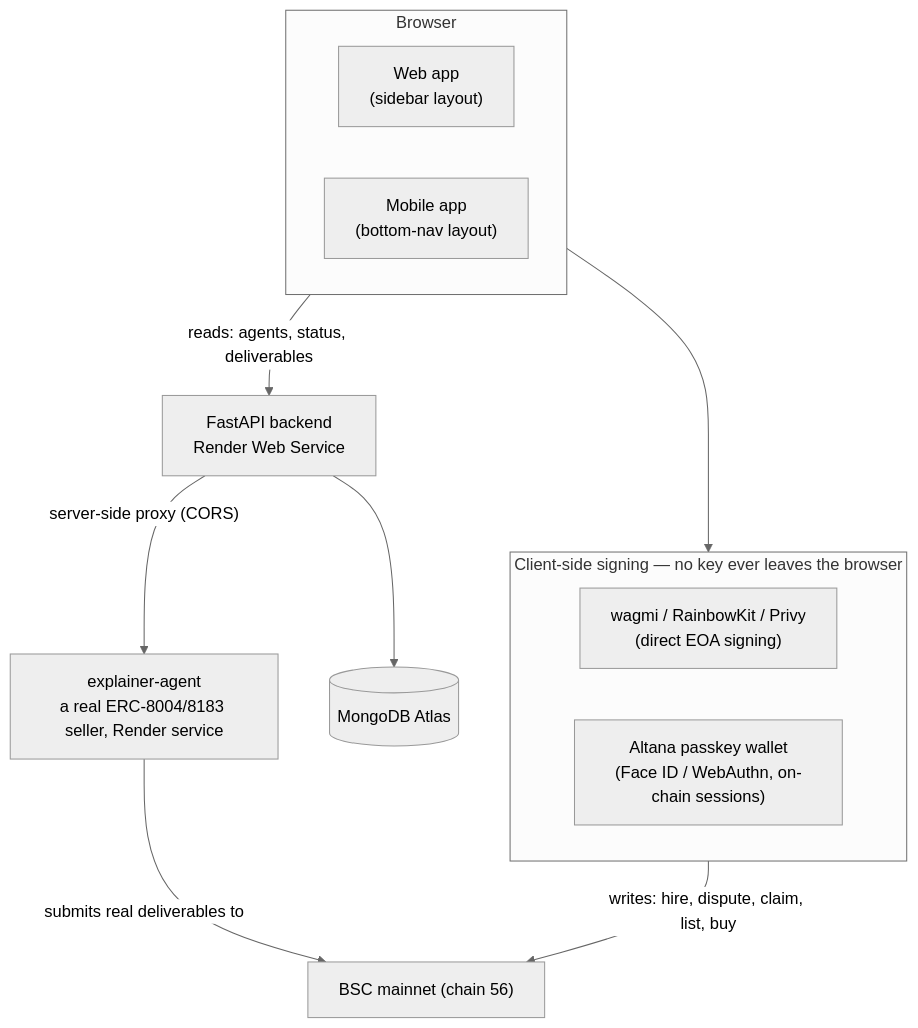
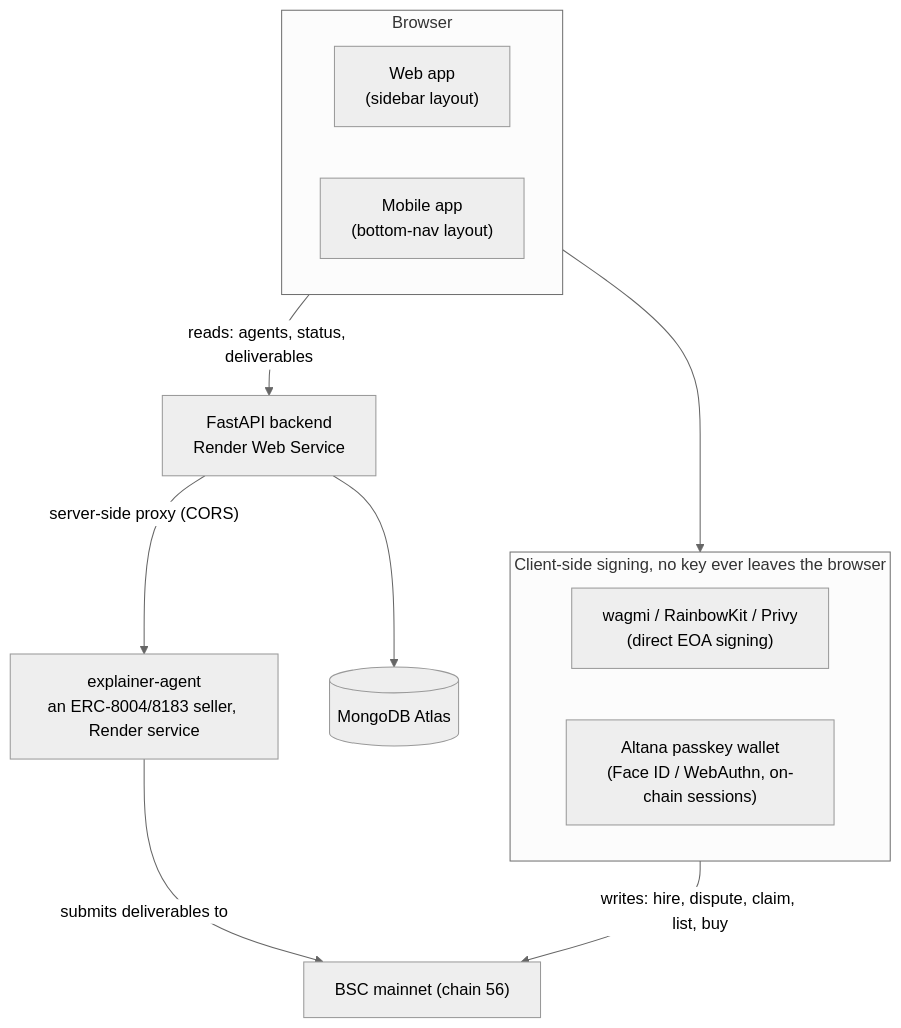
One commit to sabaazdn73/Agents-Marketplace changed the diagram in docs/architecture.md. Above: the diagram before and after it, drawn with Mermaid (neutral theme). The commit also changed other lines of this file and 20 other files, not shown here.

````diff
--- a/docs/architecture.md
+++ b/docs/architecture.md
@@ -7,24 +7,24 @@
 ```mermaid
 flowchart TB
     subgraph Client["Browser"]
         Web["Web app<br/>(sidebar layout)"]
         Mobile["Mobile app<br/>(bottom-nav layout)"]
     end
 
-    subgraph Wallets["Client-side signing — no key ever leaves the browser"]
+    subgraph Wallets["Client-side signing, no key ever leaves the browser"]
         Wagmi["wagmi / RainbowKit / Privy<br/>(direct EOA signing)"]
         Altana["Altana passkey wallet<br/>(Face ID / WebAuthn, on-chain sessions)"]
     end
 
     Backend["FastAPI backend<br/>Render Web Service"]
     Mongo[("MongoDB Atlas")]
     Chain["BSC mainnet (chain 56)"]
-    Explainer["explainer-agent<br/>a real ERC-8004/8183 seller, Render service"]
+    Explainer["explainer-agent<br/>an ERC-8004/8183 seller, Render service"]
 
     Client --> Wallets
     Client -- "reads: agents, status, deliverables" --> Backend
     Wallets -- "writes: hire, dispute, claim, list, buy" --> Chain
     Backend --> Mongo
     Backend -- "server-side proxy (CORS)" --> Explainer
-    Explainer -- "submits real deliverables to" --> Chain
+    Explainer -- "submits deliverables to" --> Chain
 ```
````
